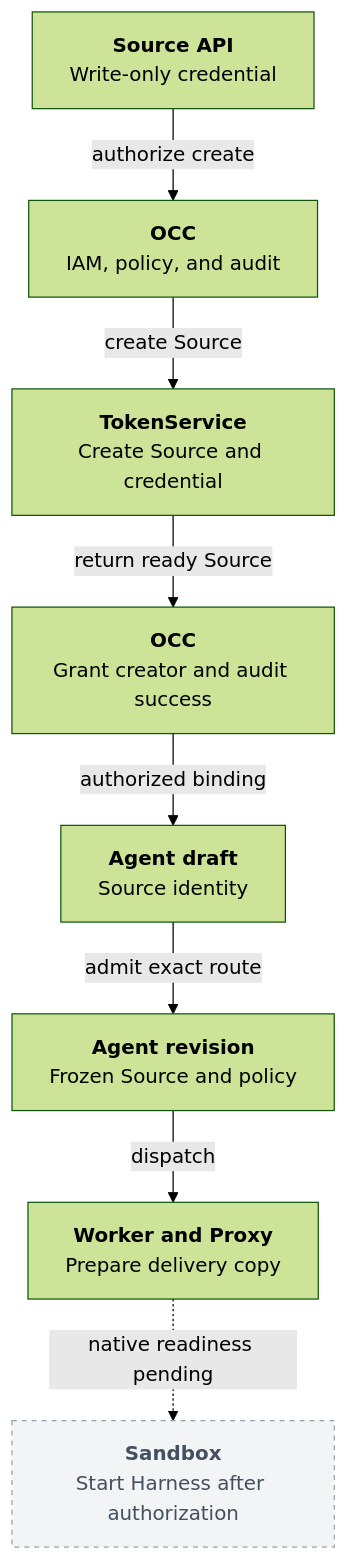
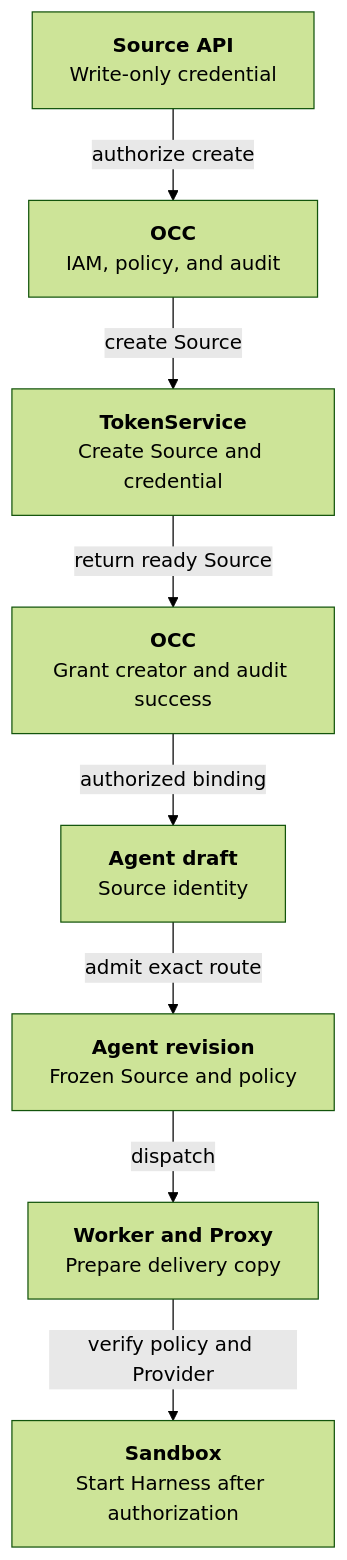
Before and after one commit to openclaw/openclaw-enterprise: the diagram in docs/flows/credential-source-lifecycle.md, drawn with Mermaid (forest theme). The commit also changed other lines of this file and 19 other files, not shown here.

````diff
--- a/docs/flows/credential-source-lifecycle.md
+++ b/docs/flows/credential-source-lifecycle.md
@@ -23,12 +23,10 @@
 ```mermaid
 graph TD
   API["<b>Source API</b><br/>Write-only credential"] -->|authorize create| OCC["<b>OCC</b><br/>IAM, policy, and audit"]
   OCC -->|create Source| Owner["<b>TokenService</b><br/>Create Source and credential"]
   Owner -->|return ready Source| Grants["<b>OCC</b><br/>Grant creator and audit success"]
   Grants -->|authorized binding| Draft["<b>Agent draft</b><br/>Source identity"]
   Draft -->|admit exact route| Revision["<b>Agent revision</b><br/>Frozen Source and policy"]
   Revision -->|dispatch| Delivery["<b>Worker and Proxy</b><br/>Prepare delivery copy"]
-  Delivery -. native readiness pending .-> Start["<b>Sandbox</b><br/>Start Harness after authorization"]
-  classDef pending fill:#F3F4F6,stroke:#98A2AE,color:#44505F,stroke-dasharray:4 4
-  class Start pending
+  Delivery -->|verify policy and Provider| Start["<b>Sandbox</b><br/>Start Harness after authorization"]
 ```
````
